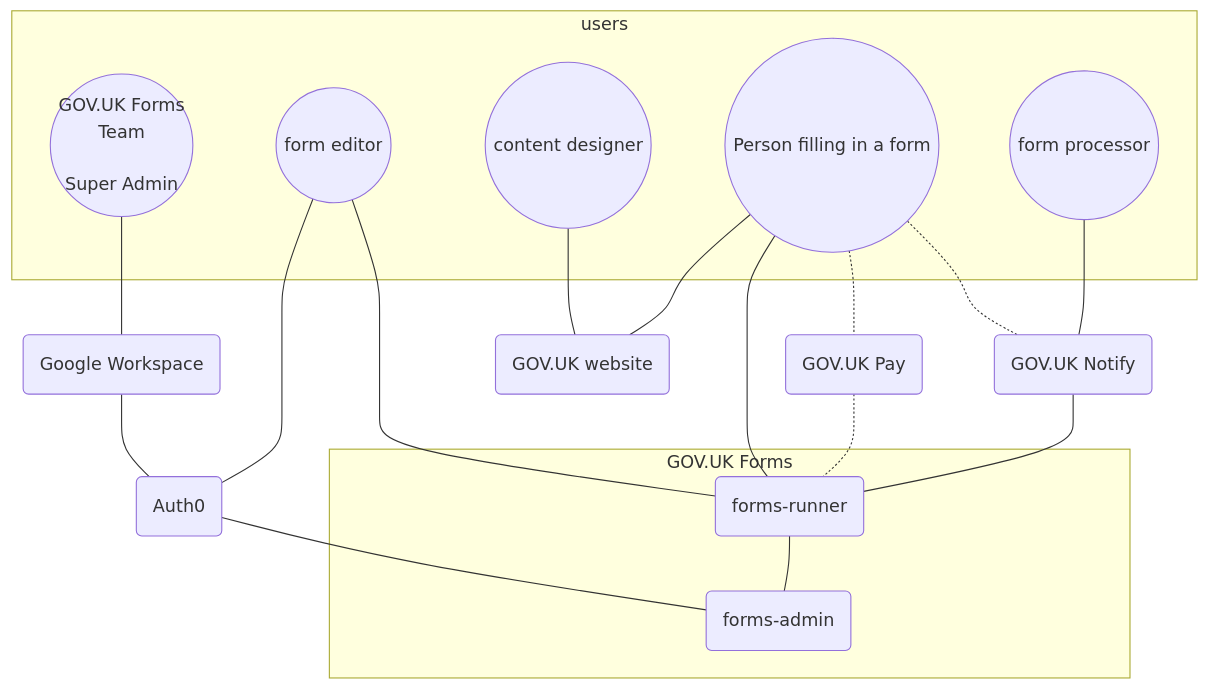
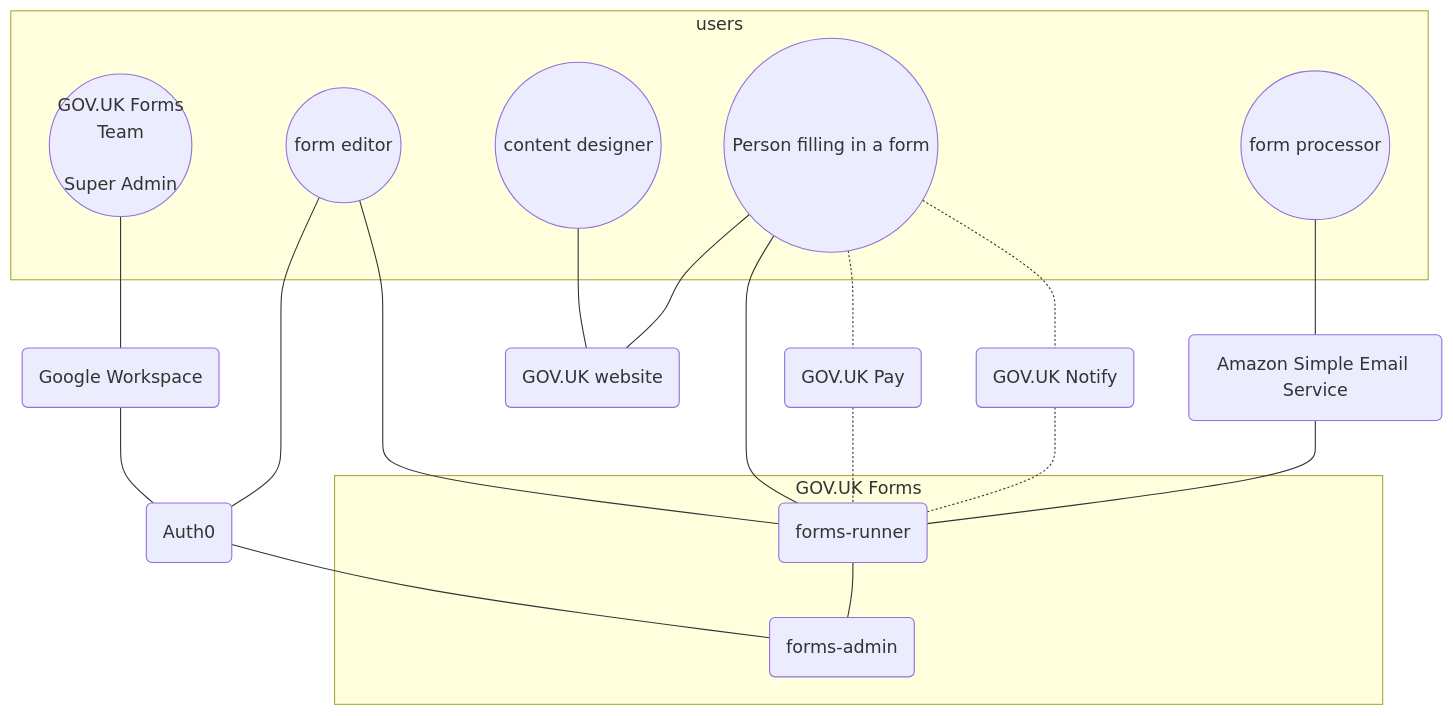
One commit to alphagov/forms changed the diagram in diagrams/sequence-diagrams/README.md. Above: the diagram before and after it, drawn with Mermaid. The commit also changed 3 other files, not shown here.

First line of the commit message:
Update sequence diagrams for sending submission emails

````diff
--- a/diagrams/sequence-diagrams/README.md
+++ b/diagrams/sequence-diagrams/README.md
@@ -11,40 +11,40 @@
 ```mermaid
 graph TD
     subgraph users
         super_admin((GOV.UK Forms<br/>Team<br/><br/>Super Admin))
         editor((form editor))
         content((content designer))
         filler((Person filling in a form))
         processor((form processor))
     end
 
     auth0(Auth0)
     sso(Google Workspace)
     govuk(GOV.UK website)
 
     super_admin --- sso --- auth0
     editor --- auth0
     content --- govuk
 
     subgraph sg1 [GOV.UK Forms]
         admin(forms-admin)
         runner(forms-runner)
     end
 
     editor---runner
 
     auth0 --- admin
     filler --- govuk
     filler --- runner --- admin
 
     notify(GOV.UK Notify)
+    ses(Amazon Simple Email Service)
 
     pay(GOV.UK Pay)
     filler -.- pay -.- runner
 
     filler -.- notify
-    notify --- runner
-    processor --- notify
-
-
+    notify -.- runner
+    ses --- runner
+    processor --- ses
 ```
````
